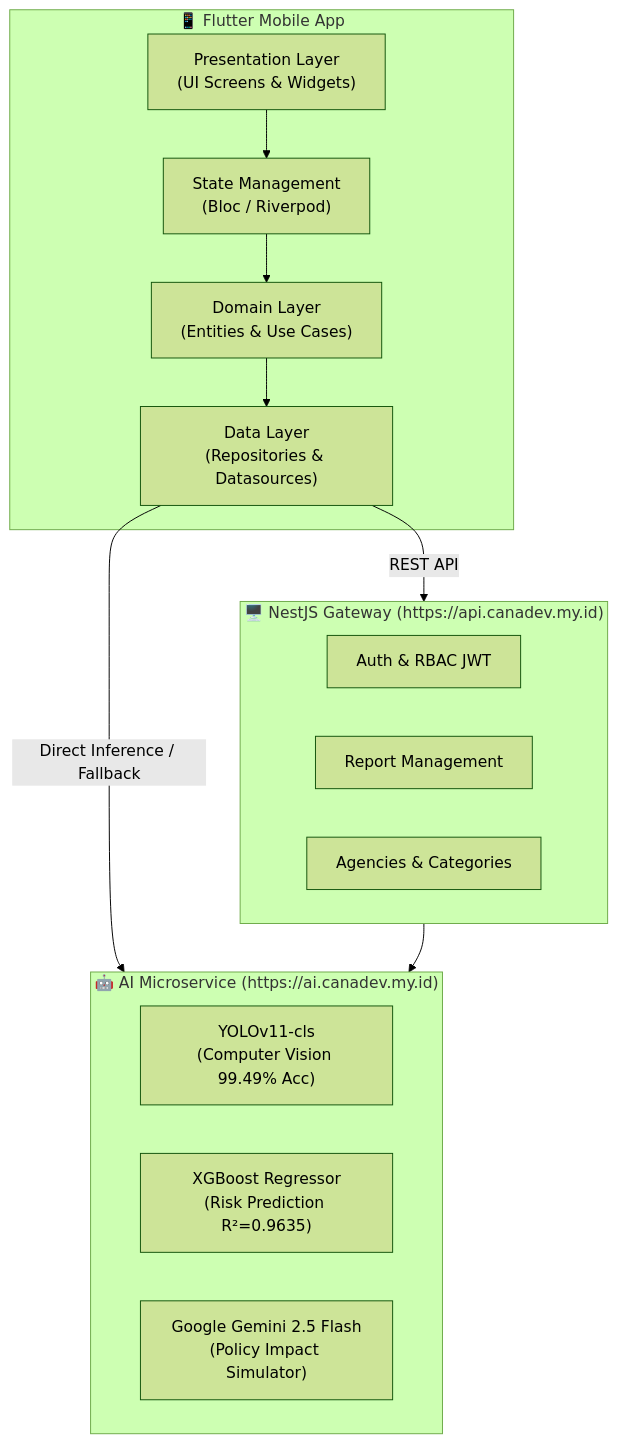
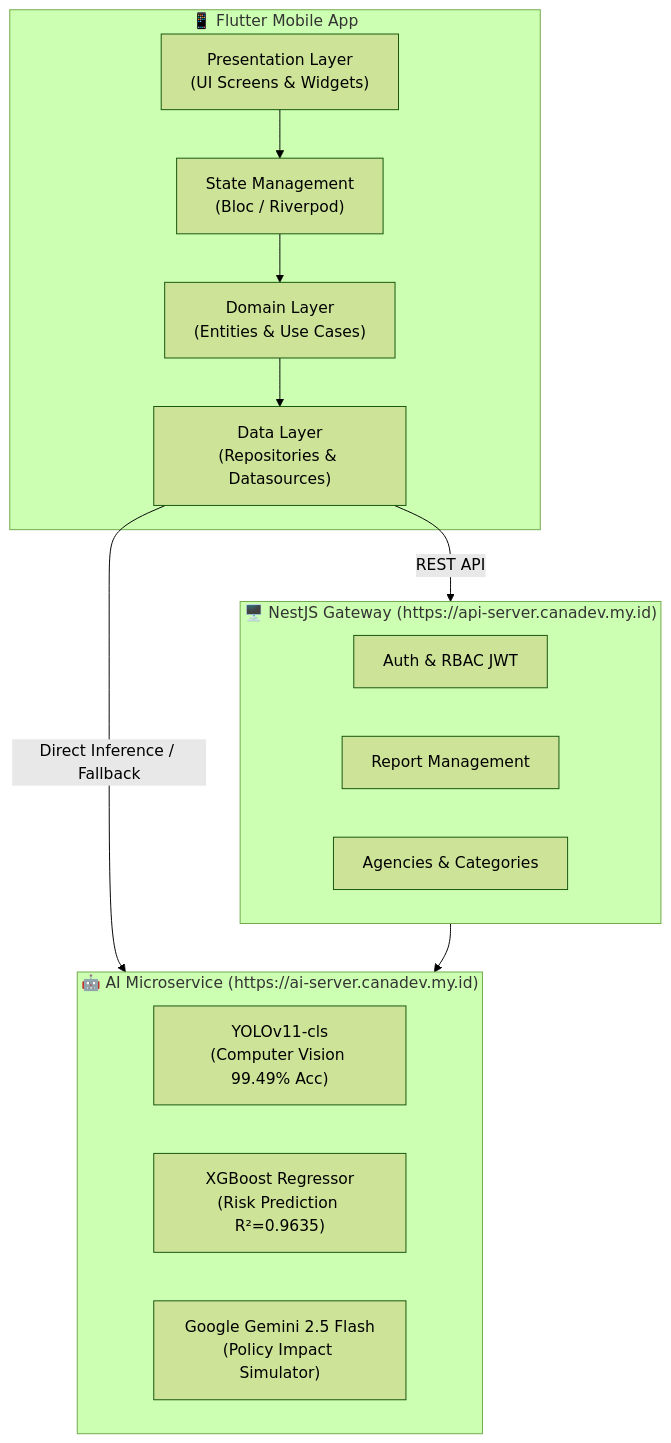
The second of 2 diagrams in README.md (elzidanee/laporkita), drawn with Mermaid (forest theme) before and after one commit. The commit also changed other lines of this file and 3 other files, not shown here.

Commit message:
chore: update backend and AI service domain URLs to use server subdomains

````diff
--- a/README.md
+++ b/README.md
@@ -75,28 +75,28 @@
 ```mermaid
 graph TB
     subgraph Client["📱 Flutter Mobile App"]
         Presentation["Presentation Layer\n(UI Screens & Widgets)"]
         StateMgmt["State Management\n(Bloc / Riverpod)"]
         Domain["Domain Layer\n(Entities & Use Cases)"]
         Data["Data Layer\n(Repositories & Datasources)"]
     end
 
-    subgraph Backend["🖥️ NestJS Gateway (https://api.canadev.my.id)"]
+    subgraph Backend["🖥️ NestJS Gateway (https://api-server.canadev.my.id)"]
         AuthModule["Auth & RBAC JWT"]
         ReportModule["Report Management"]
         AgencyModule["Agencies & Categories"]
     end
 
-    subgraph AIService["🤖 AI Microservice (https://ai.canadev.my.id)"]
+    subgraph AIService["🤖 AI Microservice (https://ai-server.canadev.my.id)"]
         YOLO["YOLOv11-cls\n(Computer Vision 99.49% Acc)"]
         XGBoost["XGBoost Regressor\n(Risk Prediction R²=0.9635)"]
         Gemini["Google Gemini 2.5 Flash\n(Policy Impact Simulator)"]
       end
 
     Presentation --> StateMgmt
     StateMgmt --> Domain
     Domain --> Data
     Data -->|"REST API"| Backend
     Data -->|"Direct Inference / Fallback"| AIService
     Backend --> AIService
 ```
````
